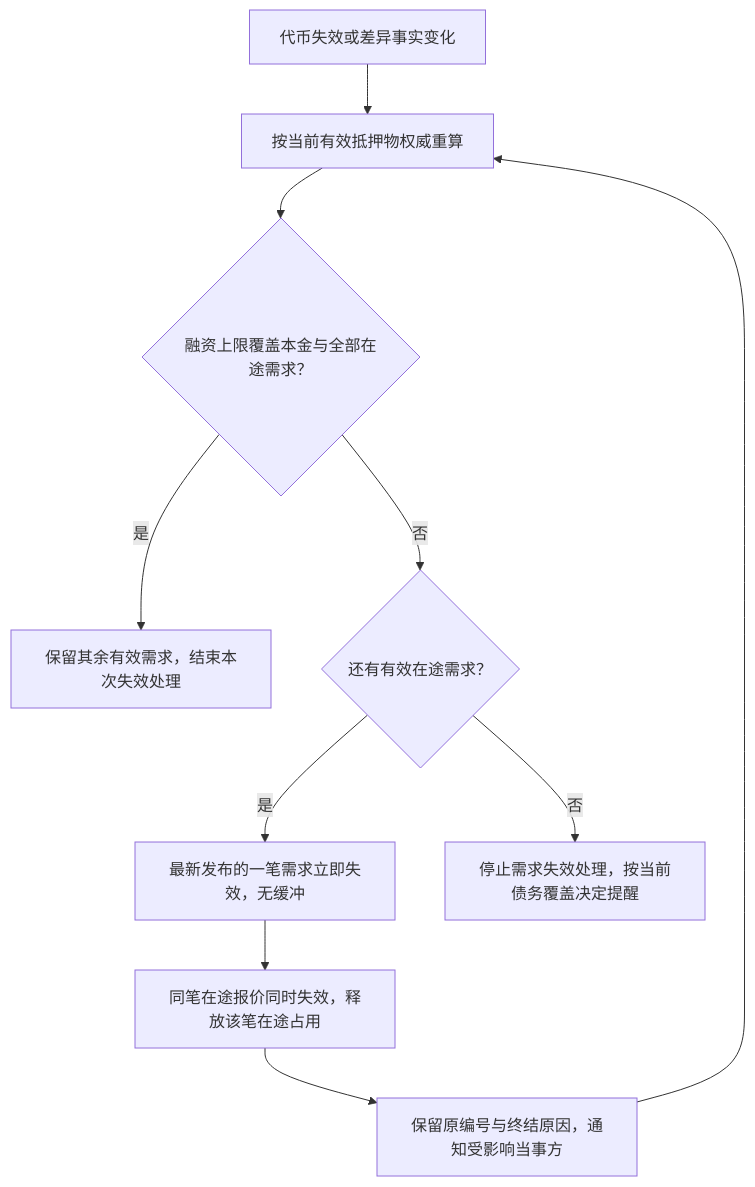
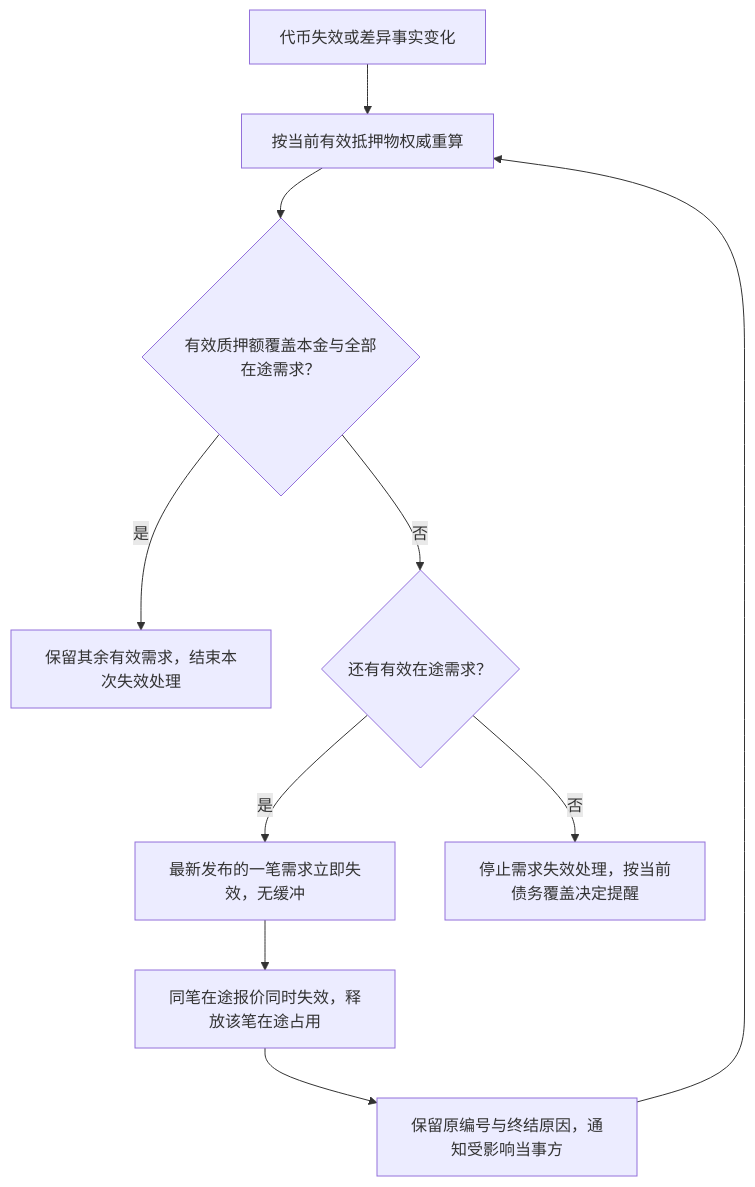
One commit to wxblockchain/Chain-Financing changed the fourth of 10 diagrams in lending-platform/PRD/v1.0-借贷广场-融资需求与代币质押/02-融资需求与代币质押-流程图与状态机.md. Above: the diagram before and after it, drawn with Mermaid. The commit also changed other lines of this file and 5 other files, not shown here.

````diff
--- a/lending-platform/PRD/v1.0-借贷广场-融资需求与代币质押/02-融资需求与代币质押-流程图与状态机.md
+++ b/lending-platform/PRD/v1.0-借贷广场-融资需求与代币质押/02-融资需求与代币质押-流程图与状态机.md
@@ -126,12 +130,12 @@
 ```mermaid
 flowchart TD
   A[代币失效或差异事实变化] --> B[按当前有效抵押物权威重算]
-  B --> C{融资上限覆盖本金与全部在途需求？}
+  B --> C{有效质押额覆盖本金与全部在途需求？}
   C -- 是 --> D[保留其余有效需求，结束本次失效处理]
   C -- 否 --> E{还有有效在途需求？}
   E -- 是 --> F[最新发布的一笔需求立即失效，无缓冲]
   F --> G[同笔在途报价同时失效，释放该笔在途占用]
   G --> H[保留原编号与终结原因，通知受影响当事方]
   H --> B
   E -- 否 --> I[停止需求失效处理，按当前债务覆盖决定提醒]
 ```
````
